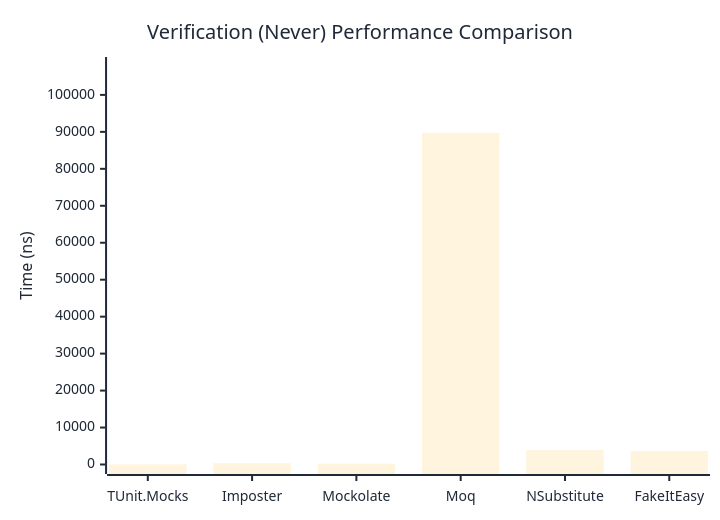
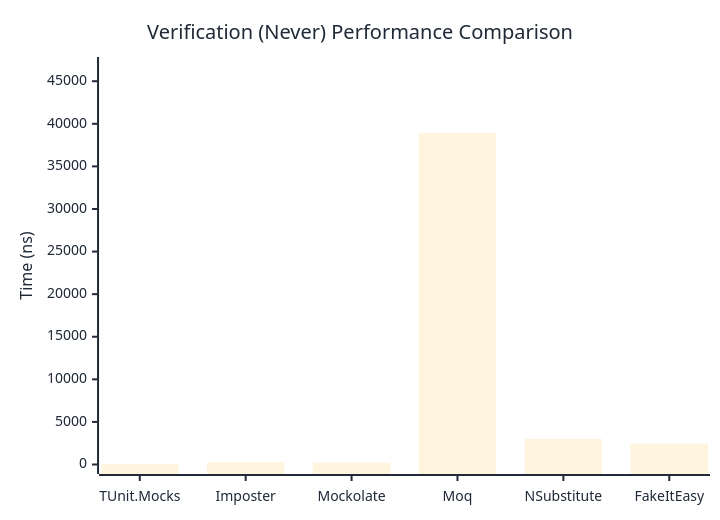
The second of 3 diagrams in docs/docs/benchmarks/mocks/Verification.md (thomhurst/TUnit), drawn with Mermaid before and after one commit. The commit also changed other lines of this file and 14 other files, not shown here.

````diff
--- a/docs/docs/benchmarks/mocks/Verification.md
+++ b/docs/docs/benchmarks/mocks/Verification.md
@@ -71,27 +71,27 @@
 ```mermaid
 %%{init: {
   'theme':'base',
   'themeVariables': {
     'primaryColor': '#2563eb',
     'primaryTextColor': '#1f2937',
     'primaryBorderColor': '#1e40af',
     'lineColor': '#6b7280',
     'secondaryColor': '#7c3aed',
     'tertiaryColor': '#dc2626',
     'background': '#ffffff',
     'pie1': '#2563eb',
     'pie2': '#7c3aed',
     'pie3': '#dc2626',
     'pie4': '#f59e0b',
     'pie5': '#10b981',
     'pie6': '#06b6d4',
     'pie7': '#ec4899',
     'pie8': '#6366f1'
   }
 }}%%
 xychart-beta
   title "Verification (Never) Performance Comparison"
   x-axis ["TUnit.Mocks", "Imposter", "Mockolate", "Moq", "NSubstitute", "FakeItEasy"]
-  y-axis "Time (ns)" 0 --> 107683
-  bar [50.51, 310.62, 216.7, 89735.83, 3891.54, 3647.1]
+  y-axis "Time (ns)" 0 --> 46728
+  bar [47.65, 274.51, 210.22, 38939.23, 3021.31, 2468.5]
 ```
````
